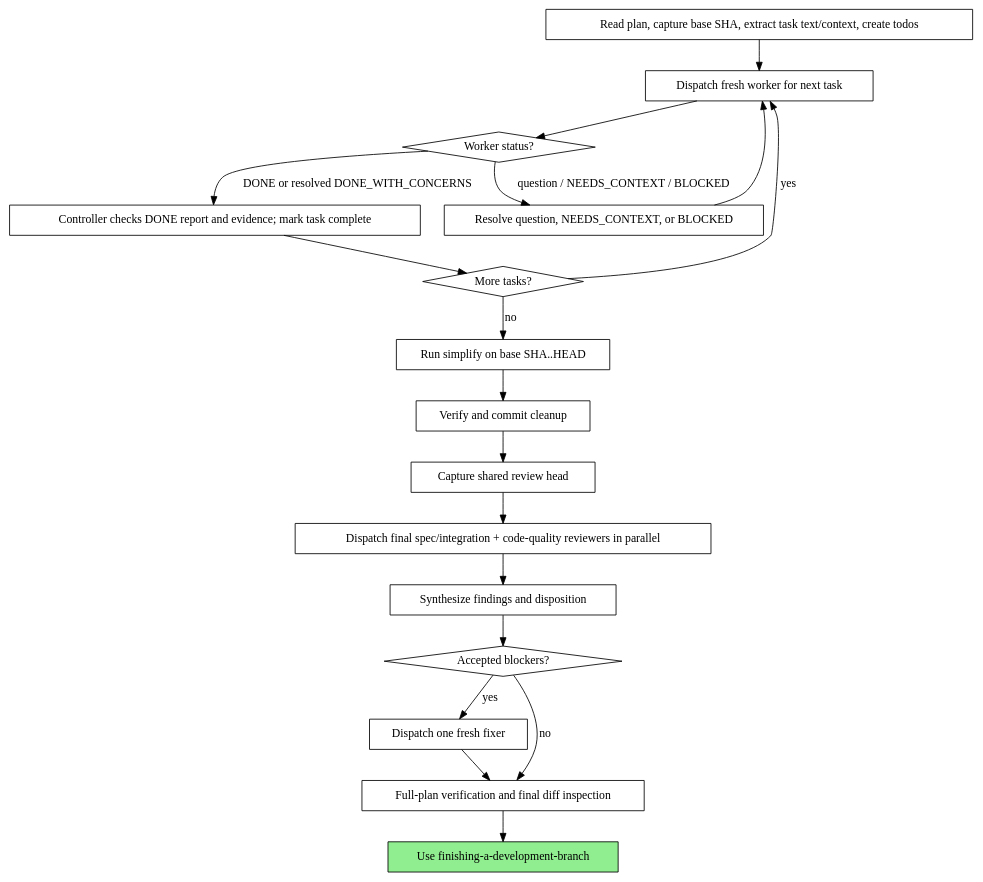
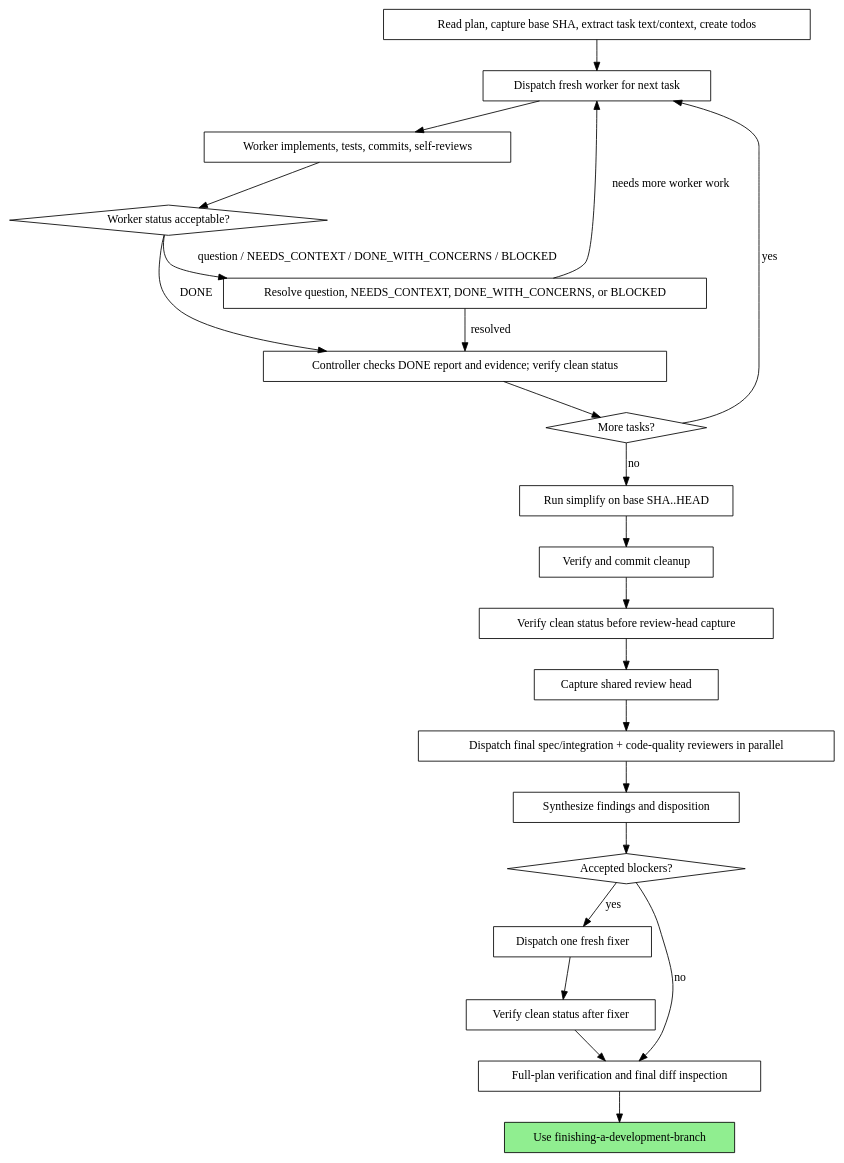
The diagram in skills/subagent-driven-development/SKILL.md (fgladisch/omp-skills), drawn with Graphviz before and after one commit. The commit also changed other lines of this file and 4 other files, not shown here.

Commit message:
🐛 fix: address final review findings

````diff
--- a/skills/subagent-driven-development/SKILL.md
+++ b/skills/subagent-driven-development/SKILL.md
@@ -48,38 +48,45 @@
 ```dot
 digraph process {
     rankdir=TB;
     "Read plan, capture base SHA, extract task text/context, create todos" [shape=box];
     "Dispatch fresh worker for next task" [shape=box];
-    "Worker status?" [shape=diamond];
-    "Resolve question, NEEDS_CONTEXT, or BLOCKED" [shape=box];
-    "Controller checks DONE report and evidence; mark task complete" [shape=box];
+    "Worker implements, tests, commits, self-reviews" [shape=box];
+    "Worker status acceptable?" [shape=diamond];
+    "Resolve question, NEEDS_CONTEXT, DONE_WITH_CONCERNS, or BLOCKED" [shape=box];
+    "Controller checks DONE report and evidence; verify clean status" [shape=box];
     "More tasks?" [shape=diamond];
     "Run simplify on base SHA..HEAD" [shape=box];
     "Verify and commit cleanup" [shape=box];
+    "Verify clean status before review-head capture" [shape=box];
     "Capture shared review head" [shape=box];
     "Dispatch final spec/integration + code-quality reviewers in parallel" [shape=box];
     "Synthesize findings and disposition" [shape=box];
     "Accepted blockers?" [shape=diamond];
     "Dispatch one fresh fixer" [shape=box];
+    "Verify clean status after fixer" [shape=box];
     "Full-plan verification and final diff inspection" [shape=box];
     "Use finishing-a-development-branch" [shape=box style=filled fillcolor=lightgreen];
 
     "Read plan, capture base SHA, extract task text/context, create todos" -> "Dispatch fresh worker for next task";
-    "Dispatch fresh worker for next task" -> "Worker status?";
-    "Worker status?" -> "Resolve question, NEEDS_CONTEXT, or BLOCKED" [label="question / NEEDS_CONTEXT / BLOCKED"];
-    "Resolve question, NEEDS_CONTEXT, or BLOCKED" -> "Dispatch fresh worker for next task";
-    "Worker status?" -> "Controller checks DONE report and evidence; mark task complete" [label="DONE or resolved DONE_WITH_CONCERNS"];
-    "Controller checks DONE report and evidence; mark task complete" -> "More tasks?";
+    "Dispatch fresh worker for next task" -> "Worker implements, tests, commits, self-reviews";
+    "Worker implements, tests, commits, self-reviews" -> "Worker status acceptable?";
+    "Worker status acceptable?" -> "Resolve question, NEEDS_CONTEXT, DONE_WITH_CONCERNS, or BLOCKED" [label="question / NEEDS_CONTEXT / DONE_WITH_CONCERNS / BLOCKED"];
+    "Resolve question, NEEDS_CONTEXT, DONE_WITH_CONCERNS, or BLOCKED" -> "Dispatch fresh worker for next task" [label="needs more worker work"];
+    "Resolve question, NEEDS_CONTEXT, DONE_WITH_CONCERNS, or BLOCKED" -> "Controller checks DONE report and evidence; verify clean status" [label="resolved"];
+    "Worker status acceptable?" -> "Controller checks DONE report and evidence; verify clean status" [label="DONE"];
+    "Controller checks DONE report and evidence; verify clean status" -> "More tasks?";
     "More tasks?" -> "Dispatch fresh worker for next task" [label="yes"];
     "More tasks?" -> "Run simplify on base SHA..HEAD" [label="no"];
     "Run simplify on base SHA..HEAD" -> "Verify and commit cleanup";
-    "Verify and commit cleanup" -> "Capture shared review head";
+    "Verify and commit cleanup" -> "Verify clean status before review-head capture";
+    "Verify clean status before review-head capture" -> "Capture shared review head";
     "Capture shared review head" -> "Dispatch final spec/integration + code-quality reviewers in parallel";
     "Dispatch final spec/integration + code-quality reviewers in parallel" -> "Synthesize findings and disposition";
     "Synthesize findings and disposition" -> "Accepted blockers?";
     "Accepted blockers?" -> "Dispatch one fresh fixer" [label="yes"];
     "Accepted blockers?" -> "Full-plan verification and final diff inspection" [label="no"];
-    "Dispatch one fresh fixer" -> "Full-plan verification and final diff inspection";
+    "Dispatch one fresh fixer" -> "Verify clean status after fixer";
+    "Verify clean status after fixer" -> "Full-plan verification and final diff inspection";
     "Full-plan verification and final diff inspection" -> "Use finishing-a-development-branch";
 }
 ```
````
